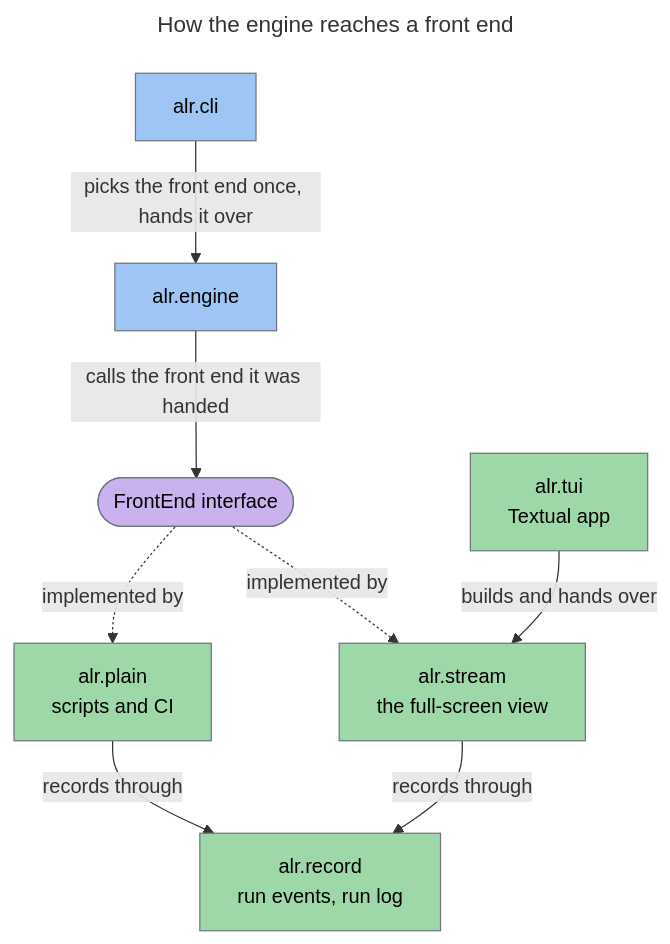
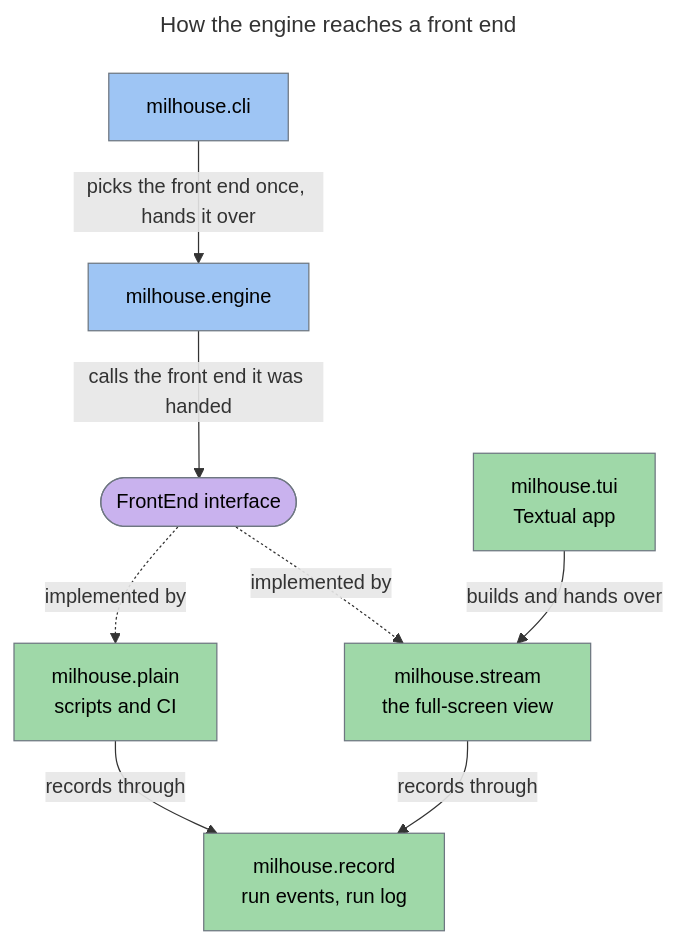
The second of 5 diagrams in docs/design/03_system_architecture.md (twistingmercury/agentic_loop_runner), drawn with Mermaid before and after one commit. The commit also changed other lines of this file and 152 other files, not shown here.

First line of the commit message:
Rename alr to milhouse (ADR-041) (#94)

````diff
--- a/docs/design/03_system_architecture.md
+++ b/docs/design/03_system_architecture.md
@@ -65,24 +65,24 @@
 ```mermaid
 ---
 title: How the engine reaches a front end
 ---
 flowchart TD
-    cli["alr.cli"]:::blue
-    engine["alr.engine"]:::blue
+    cli["milhouse.cli"]:::blue
+    engine["milhouse.engine"]:::blue
     iface(["FrontEnd interface"]):::purple
-    plain["alr.plain<br/>scripts and CI"]:::green
-    stream["alr.stream<br/>the full-screen view"]:::green
-    tui["alr.tui<br/>Textual app"]:::green
-    record["alr.record<br/>run events, run log"]:::green
+    plain["milhouse.plain<br/>scripts and CI"]:::green
+    stream["milhouse.stream<br/>the full-screen view"]:::green
+    tui["milhouse.tui<br/>Textual app"]:::green
+    record["milhouse.record<br/>run events, run log"]:::green
     cli -->|" picks the front end once, hands it over "| engine
     engine -->|" calls the front end it was handed "| iface
     iface -.->|implemented by| plain
     iface -.->|implemented by| stream
     tui -->|" builds and hands over "| stream
     plain -->|records through| record
     stream -->|records through| record
     classDef blue fill: #9ec5f4, stroke: #6e7781, color: #000000
     classDef green fill: #9fd8a8, stroke: #6e7781, color: #000000
     classDef purple fill: #c9b2ee, stroke: #6e7781, color: #000000
     classDef gray fill: #c4cbd3, stroke: #6e7781, color: #000000
 ```
````
